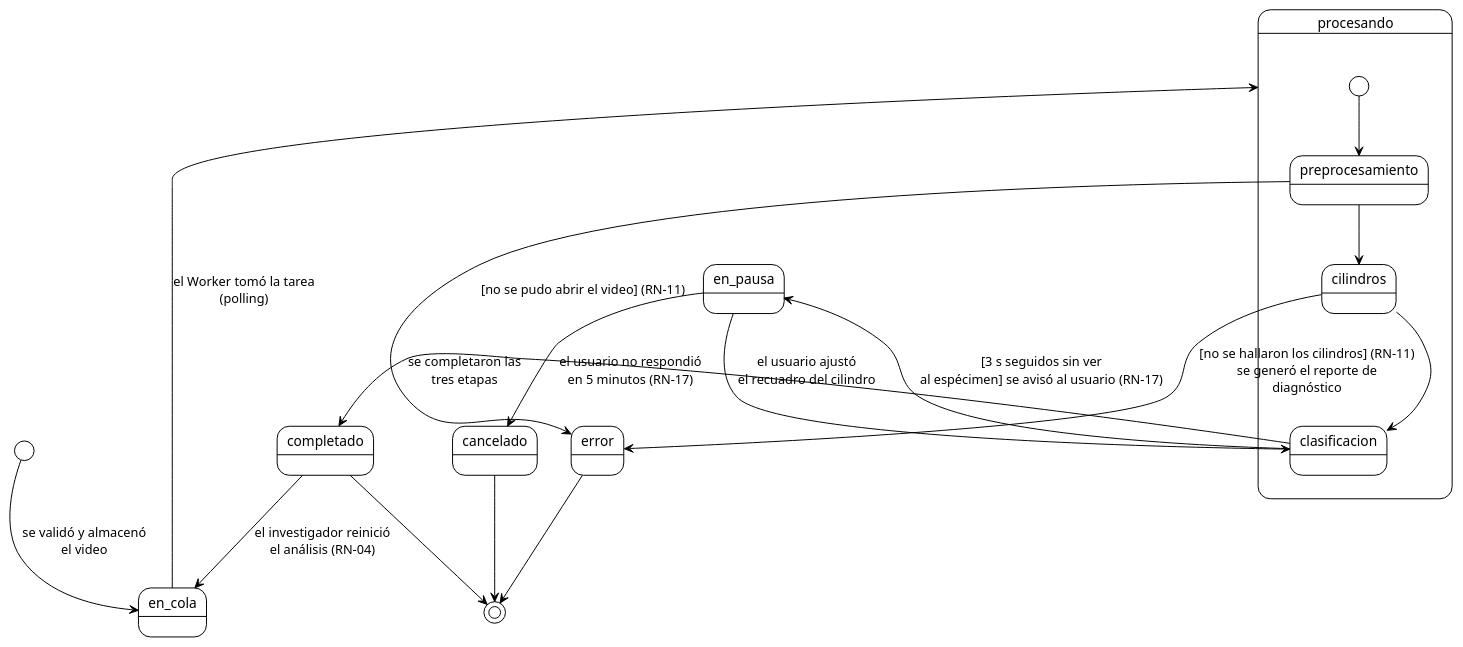
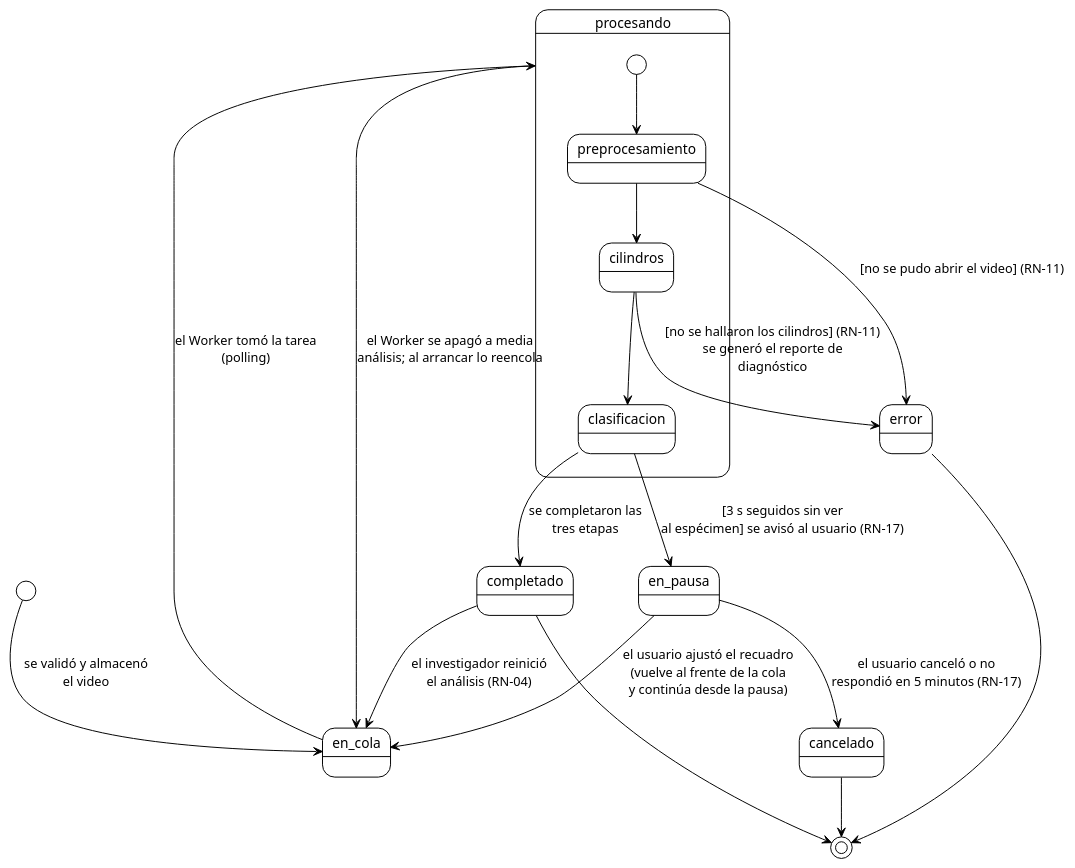
Diagram 14 of 39 in INSTRUCCIONES-WEB.md (ErickJester/fst-ai-system-latex), drawn with PlantUML before and after one commit. The commit also changed other lines of this file and 28 other files, not shown here.

````diff
--- a/INSTRUCCIONES-WEB.md
+++ b/INSTRUCCIONES-WEB.md
@@ -1636,24 +1721,25 @@
 ```plantuml
 @startuml estados_analisis
 !theme plain
 skinparam defaultFontName Arial
 skinparam shadowing false
 [*] --> en_cola : se validó y almacenó\nel video
 state procesando {
   [*] --> preprocesamiento
   preprocesamiento --> cilindros
   cilindros --> clasificacion
 }
 en_cola --> procesando : el Worker tomó la tarea\n(polling)
 preprocesamiento --> error : [no se pudo abrir el video] (RN-11)
 cilindros --> error : [no se hallaron los cilindros] (RN-11)\nse generó el reporte de\ndiagnóstico
 clasificacion --> completado : se completaron las\ntres etapas
 clasificacion --> en_pausa : [3 s seguidos sin ver\nal espécimen] se avisó al usuario (RN-17)
-en_pausa --> clasificacion : el usuario ajustó\nel recuadro del cilindro
-en_pausa --> cancelado : el usuario no respondió\nen 5 minutos (RN-17)
+en_pausa --> en_cola : el usuario ajustó el recuadro\n(vuelve al frente de la cola\ny continúa desde la pausa)
+en_pausa --> cancelado : el usuario canceló o no\nrespondió en 5 minutos (RN-17)
+procesando --> en_cola : el Worker se apagó a media\nanálisis; al arrancar lo reencola
 completado --> en_cola : el investigador reinició\nel análisis (RN-04)
 completado --> [*]
 error --> [*]
 cancelado --> [*]
 @enduml
 ```
````
